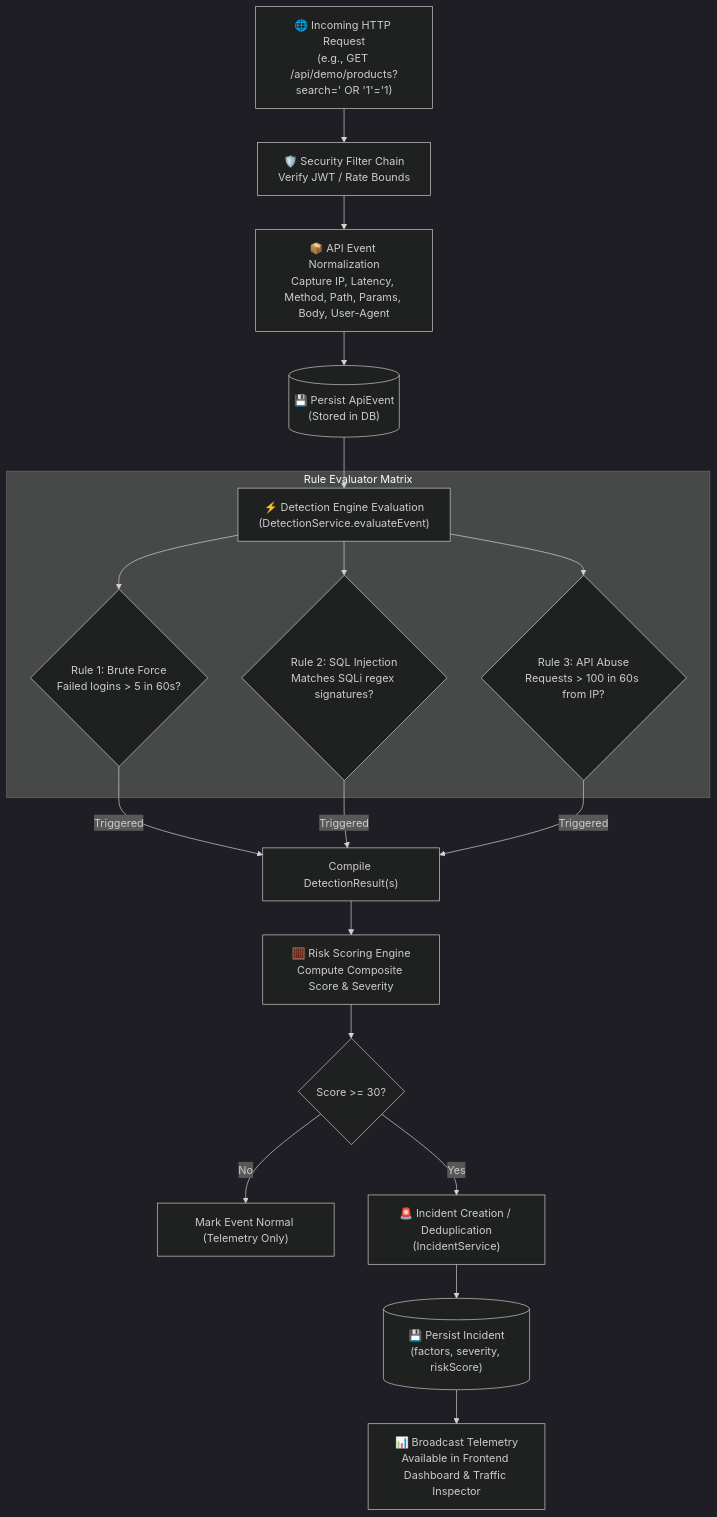
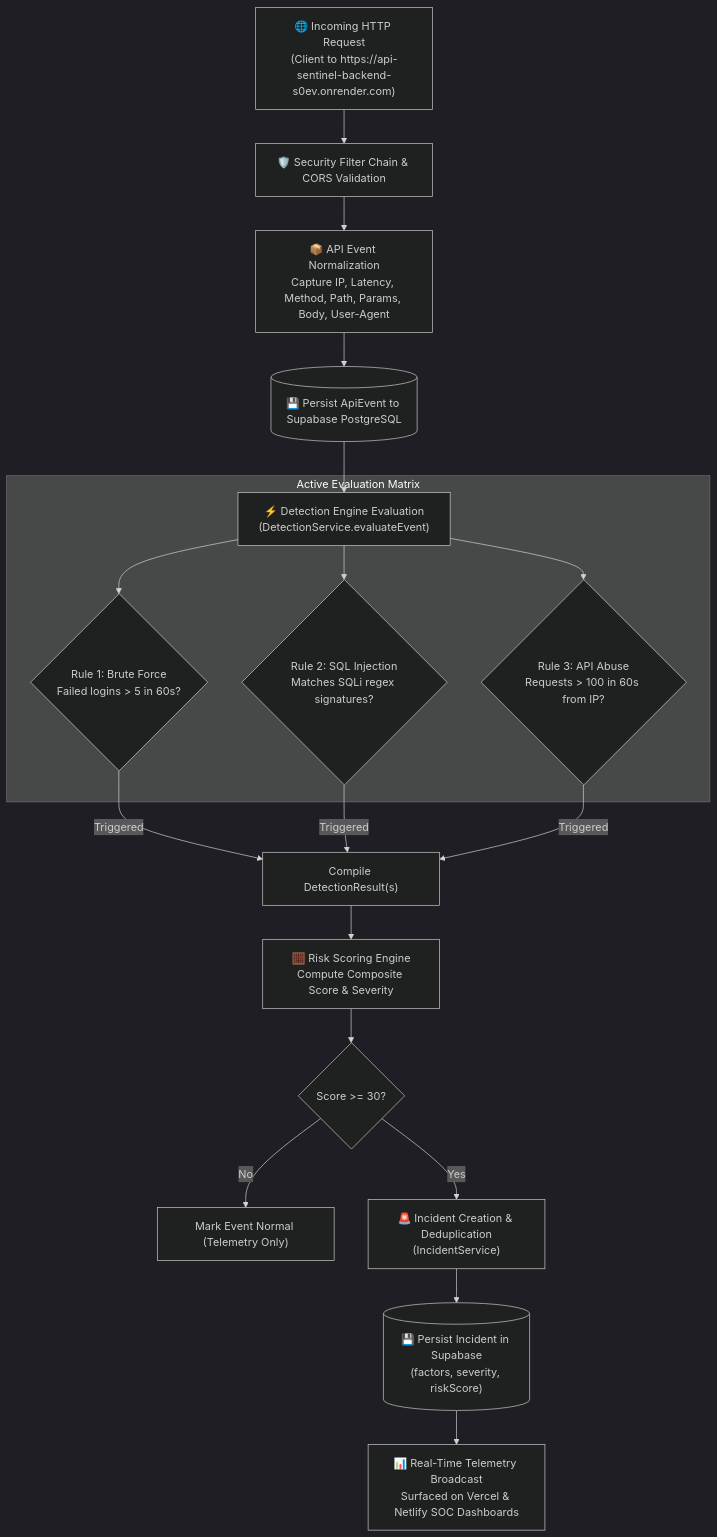
The second of 4 diagrams in README.md (MindOverFloww/Sentinel-API), drawn with Mermaid (dark theme) before and after one commit. The commit also changed other lines of this file, not shown here.

Commit message:
docs: update README for Vercel, Netlify, and Render cloud deployments

````diff
--- a/README.md
+++ b/README.md
@@ -307,27 +260,27 @@
 ```mermaid
 flowchart TD
-    A["🌐 Incoming HTTP Request\n(e.g., GET /api/demo/products?search=' OR '1'='1)"] --> B["🛡️ Security Filter Chain\nVerify JWT / Rate Bounds"]
+    A["🌐 Incoming HTTP Request\n(Client to https://api-sentinel-backend-s0ev.onrender.com)"] --> B["🛡️ Security Filter Chain & CORS Validation"]
     B --> C["📦 API Event Normalization\nCapture IP, Latency, Method, Path, Params, Body, User-Agent"]
-    C --> D[("💾 Persist ApiEvent\n(Stored in DB)")]
+    C --> D[("💾 Persist ApiEvent to Supabase PostgreSQL")]
     
     D --> E["⚡ Detection Engine Evaluation\n(DetectionService.evaluateEvent)"]
     
-    subgraph RuleEvaluation["Rule Evaluator Matrix"]
+    subgraph RuleEvaluation["Active Evaluation Matrix"]
         E --> F1{"Rule 1: Brute Force\nFailed logins > 5 in 60s?"}
         E --> F2{"Rule 2: SQL Injection\nMatches SQLi regex signatures?"}
         E --> F3{"Rule 3: API Abuse\nRequests > 100 in 60s from IP?"}
     end
 
     F1 -->|Triggered| G["Compile DetectionResult(s)"]
     F2 -->|Triggered| G
     F3 -->|Triggered| G
     
     G --> H["🧮 Risk Scoring Engine\nCompute Composite Score & Severity"]
     H --> I{"Score >= 30?"}
     
     I -->|No| J["Mark Event Normal (Telemetry Only)"]
-    I -->|Yes| K["🚨 Incident Creation / Deduplication\n(IncidentService)"]
+    I -->|Yes| K["🚨 Incident Creation & Deduplication\n(IncidentService)"]
     
-    K --> L[("💾 Persist Incident\n(factors, severity, riskScore)")]
-    L --> M["📊 Broadcast Telemetry\nAvailable in Frontend Dashboard & Traffic Inspector"]
+    K --> L[("💾 Persist Incident in Supabase\n(factors, severity, riskScore)")]
+    L --> M["📊 Real-Time Telemetry Broadcast\nSurfaced on Vercel & Netlify SOC Dashboards"]
 ```
````
